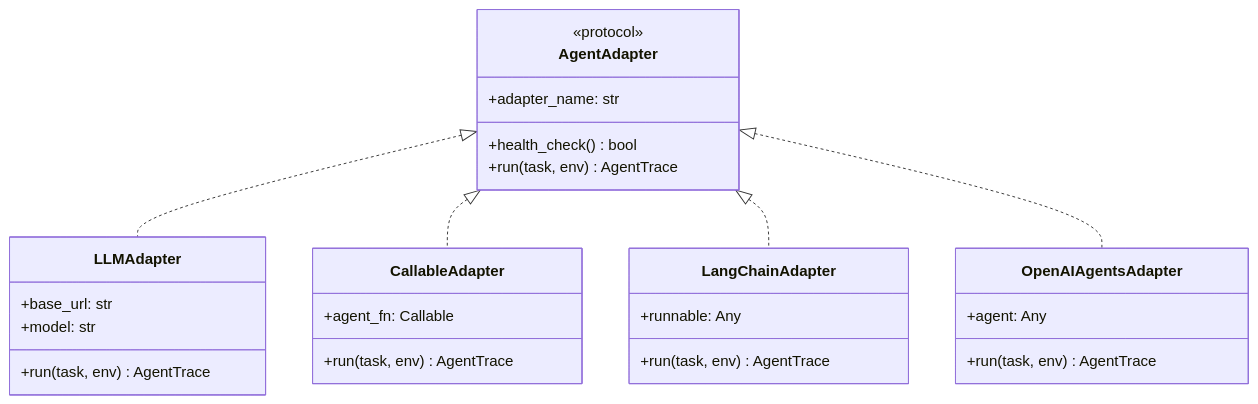
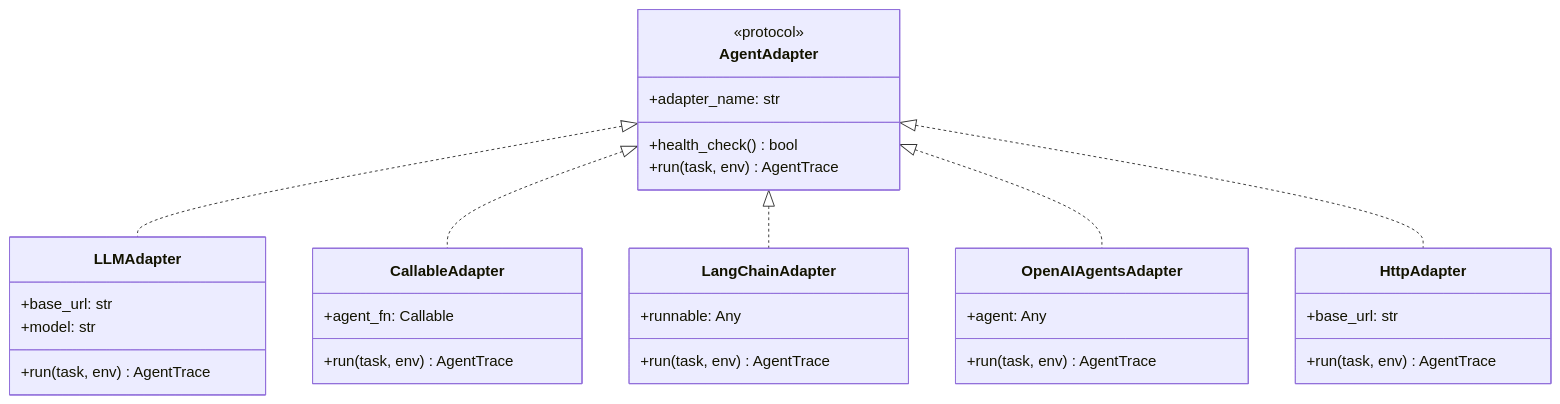
Before and after one commit to saichandrapandraju/agent-redteam: the second of 8 diagrams in docs/architecture.md, drawn with Mermaid. The commit also changed other lines of this file and 46 other files, not shown here.

````diff
--- a/docs/architecture.md
+++ b/docs/architecture.md
@@ -41,35 +41,41 @@
 ```mermaid
 classDiagram
     class AgentAdapter {
         <<protocol>>
         +adapter_name: str
         +health_check() bool
         +run(task, env) AgentTrace
     }
 
     class LLMAdapter {
         +base_url: str
         +model: str
         +run(task, env) AgentTrace
     }
 
     class CallableAdapter {
         +agent_fn: Callable
         +run(task, env) AgentTrace
     }
 
     class LangChainAdapter {
         +runnable: Any
         +run(task, env) AgentTrace
     }
 
     class OpenAIAgentsAdapter {
         +agent: Any
         +run(task, env) AgentTrace
     }
 
+    class HttpAdapter {
+        +base_url: str
+        +run(task, env) AgentTrace
+    }
+
     AgentAdapter <|.. LLMAdapter
     AgentAdapter <|.. CallableAdapter
     AgentAdapter <|.. LangChainAdapter
     AgentAdapter <|.. OpenAIAgentsAdapter
+    AgentAdapter <|.. HttpAdapter
 ```
````
